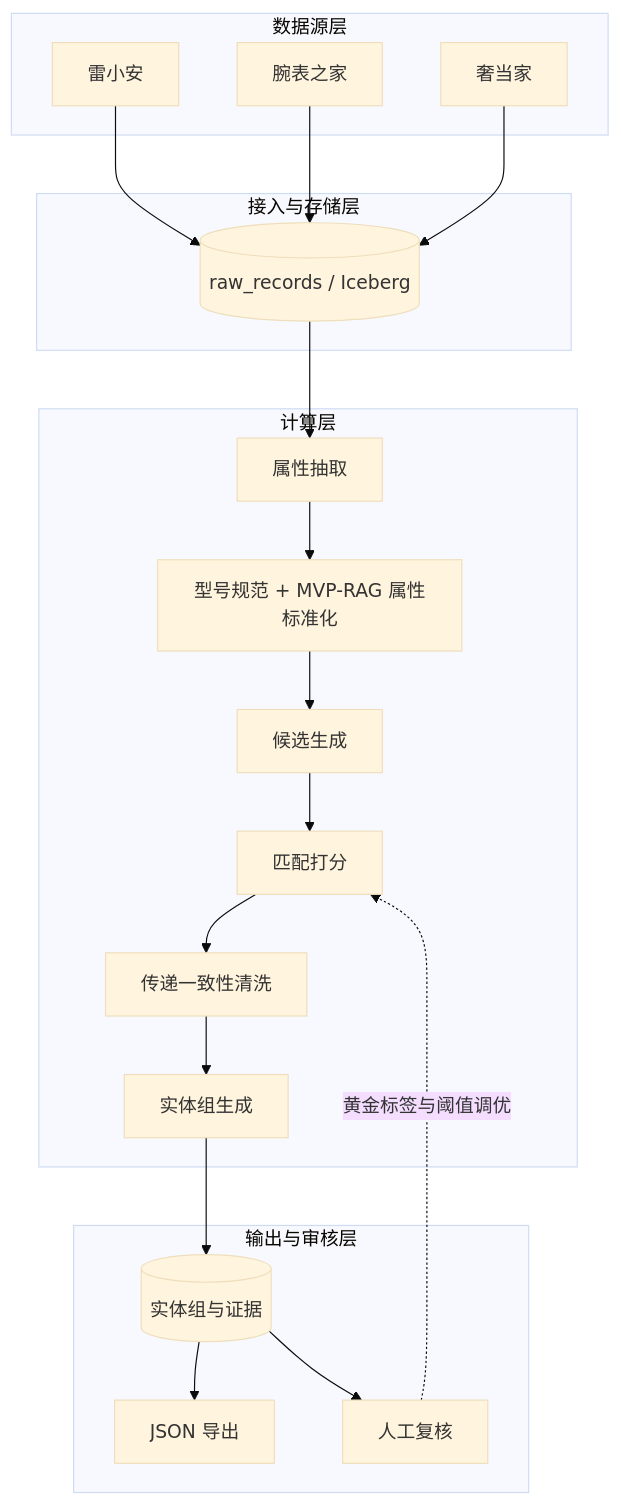
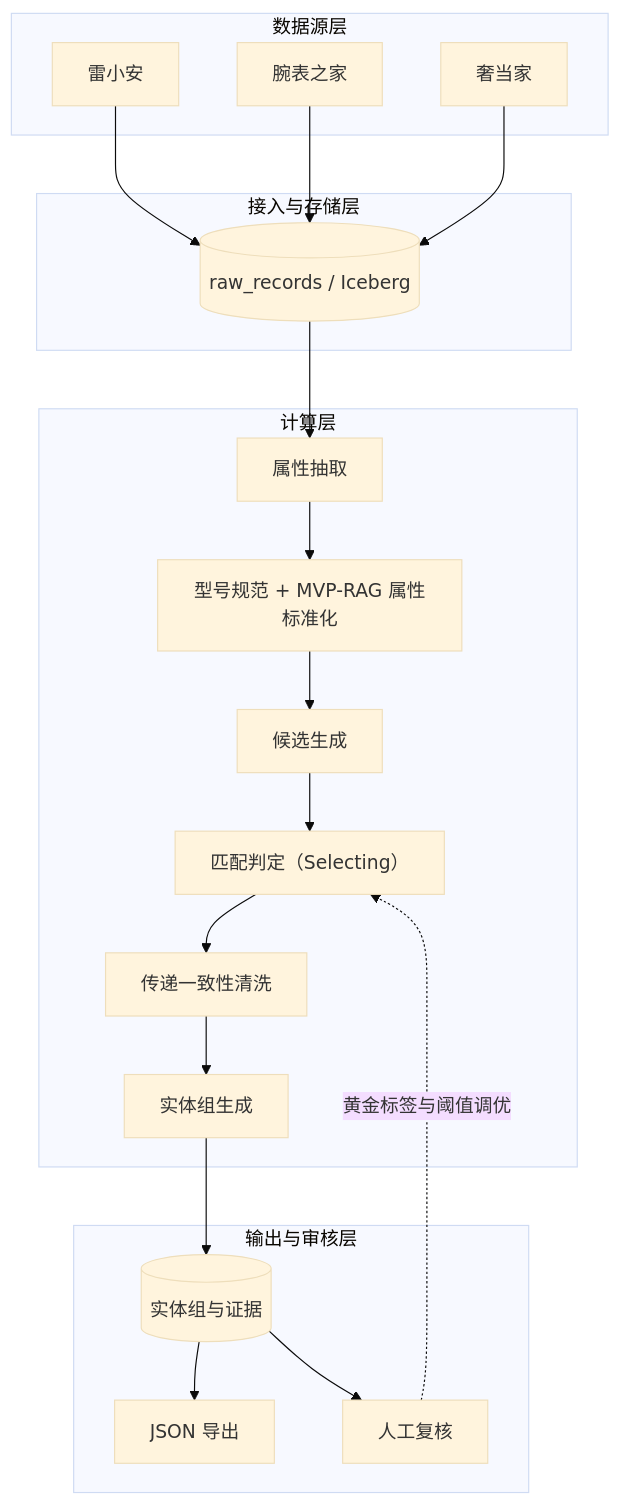
Before and after one commit to WorkerXu/my-doc: the first of 5 diagrams in 多来源商品数据合并系统设计.md, drawn with Mermaid (base theme). The commit also changed other lines of this file, not shown here.

Commit message:
设计: 候选证据并入候选生成，匹配判定改为 DeepSeek Selecting

````diff
--- a/多来源商品数据合并系统设计.md
+++ b/多来源商品数据合并系统设计.md
@@ -22,35 +22,35 @@
 ```mermaid
 flowchart TB
     subgraph SRC["数据源层"]
         A[雷小安]
         B[腕表之家]
         C[奢当家]
     end
 
     subgraph INGEST["接入与存储层"]
         R[(raw_records / Iceberg)]
     end
 
     subgraph COMPUTE["计算层"]
         E[属性抽取]
         N[型号规范 + MVP-RAG 属性标准化]
         B1[候选生成]
-        M[匹配打分]
+        M[匹配判定（Selecting）]
         C1[传递一致性清洗]
         G[实体组生成]
     end
 
     subgraph OUTPUT["输出与审核层"]
         O[(实体组与证据)]
         J[JSON 导出]
         H[人工复核]
     end
 
     A --> R
     B --> R
     C --> R
     R --> E --> N --> B1 --> M --> C1 --> G --> O
     O --> J
     O --> H
     H -. 黄金标签与阈值调优 .-> M
 ```
````
